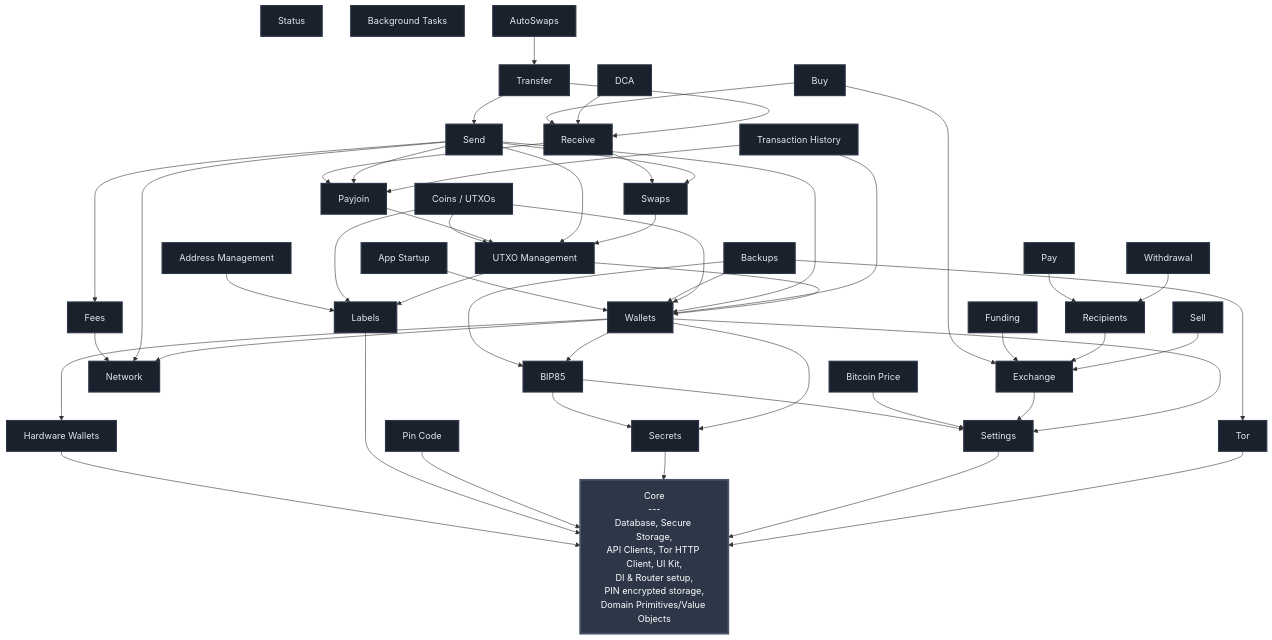
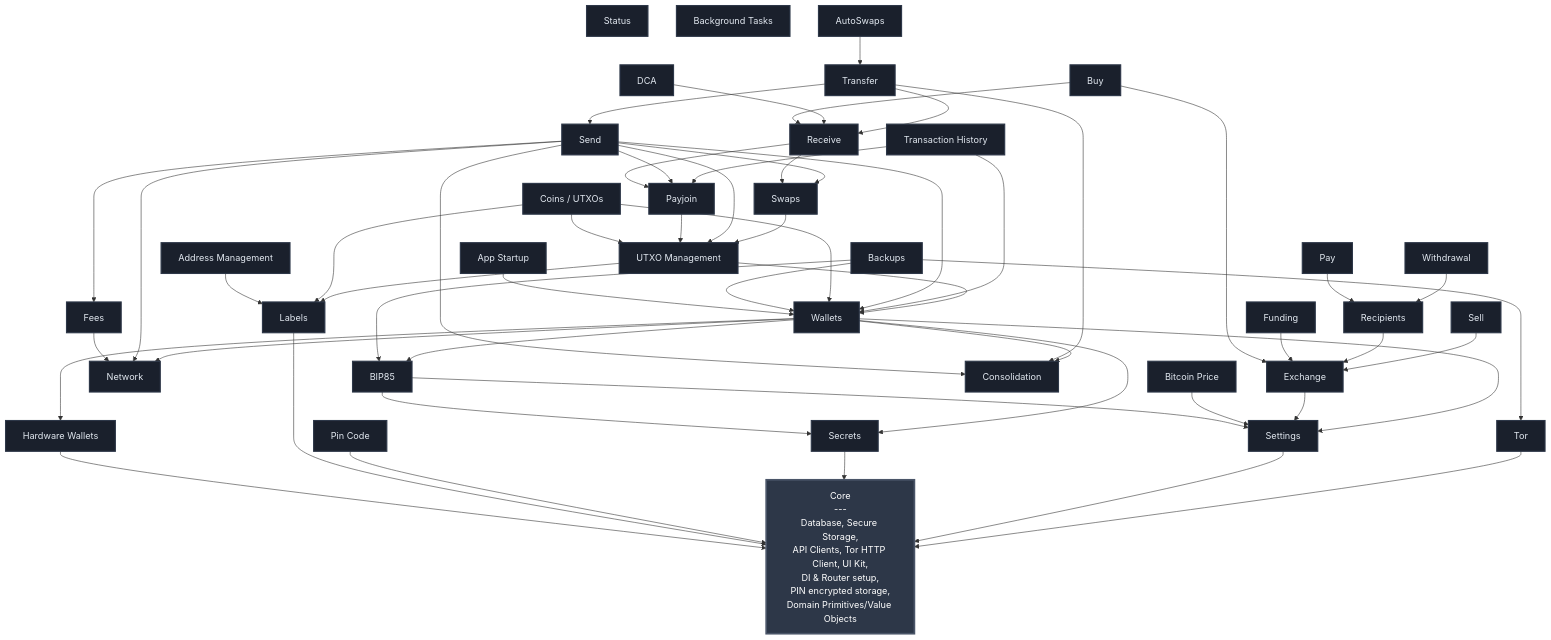
The diagram in FEATURES.md (SatoshiPortal/bullbitcoin-mobile), drawn with Mermaid before and after one commit.

Commit message:
docs: add Consolidation to the feature dependency graph FEATURES.md

````diff
--- a/FEATURES.md
+++ b/FEATURES.md
@@ -45,6 +45,7 @@
     PAY[Pay]
     BUY[Buy]
     COINS[Coins / UTXOs]
+    CONSOLIDATION[Consolidation]
 
     %% Dependencies to Core (all features depend on Core, but showing it explicitly would clutter the diagram)
     %% Instead, we note this in the documentation below
@@ -78,6 +79,7 @@
     RECIPIENTS --> EXCHANGE
     SECRETS --> CORE
     SELL --> EXCHANGE
+    SEND --> CONSOLIDATION
     SEND --> FEES
     SEND --> NETWORK
     SEND --> PAYJOIN
@@ -87,6 +89,7 @@
     SETTINGS --> CORE
     SWAPS --> UTXO_MGMT
     TOR --> CORE
+    TRANSFER --> CONSOLIDATION
     TRANSFER --> SEND
     TRANSFER --> RECEIVE
     TX_HISTORY --> PAYJOIN
@@ -94,6 +97,7 @@
     UTXO_MGMT --> LABELS
     UTXO_MGMT --> WALLETS
     WALLETS --> BIP85
+    WALLETS --> CONSOLIDATION
     WALLETS --> HW_WALLETS
     WALLETS --> NETWORK
     WALLETS --> SECRETS
@@ -105,5 +109,5 @@
     classDef featureStyle fill:#1a202c,stroke:#2d3748,stroke-width:2px,color:#e2e8f0
 
     class CORE coreStyle
-    class SETTINGS,TOR,PIN_CODE,LABELS,SECRETS,HW_WALLETS,BTC_PRICE,NETWORK,BIP85,FEES,WALLETS,EXCHANGE,APP_STARTUP,UTXO_MGMT,ADDRESS_MGMT,RECIPIENTS,FUNDING,BACKUPS,SWAPS,PAYJOIN,WITHDRAWAL,STATUS,SEND,RECEIVE,TRANSFER,TX_HISTORY,BG_TASKS,AUTOSWAPS,DCA,SELL,PAY,BUY,COINS featureStyle
+    class SETTINGS,TOR,PIN_CODE,LABELS,SECRETS,HW_WALLETS,BTC_PRICE,NETWORK,BIP85,FEES,WALLETS,EXCHANGE,APP_STARTUP,UTXO_MGMT,ADDRESS_MGMT,RECIPIENTS,FUNDING,BACKUPS,SWAPS,PAYJOIN,WITHDRAWAL,STATUS,SEND,RECEIVE,TRANSFER,TX_HISTORY,BG_TASKS,AUTOSWAPS,DCA,SELL,PAY,BUY,COINS,CONSOLIDATION featureStyle
 ```
````
